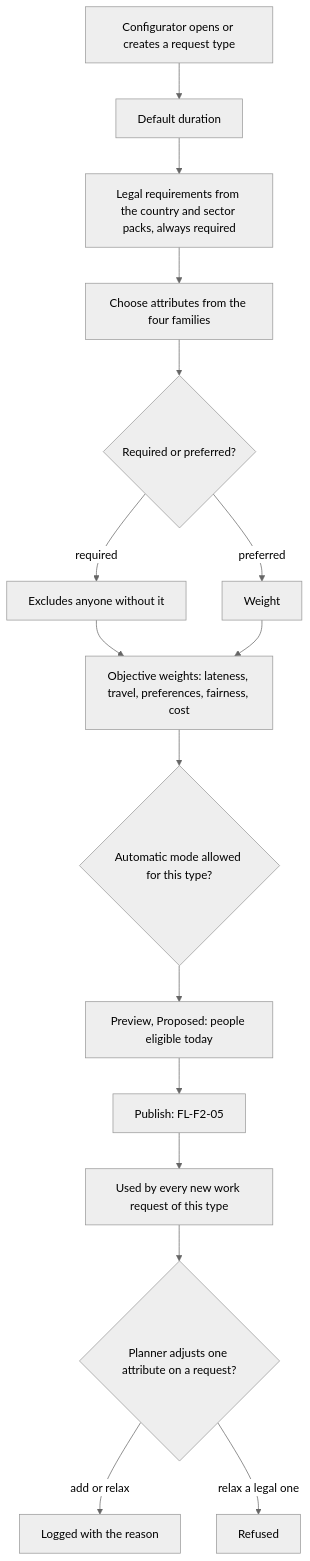
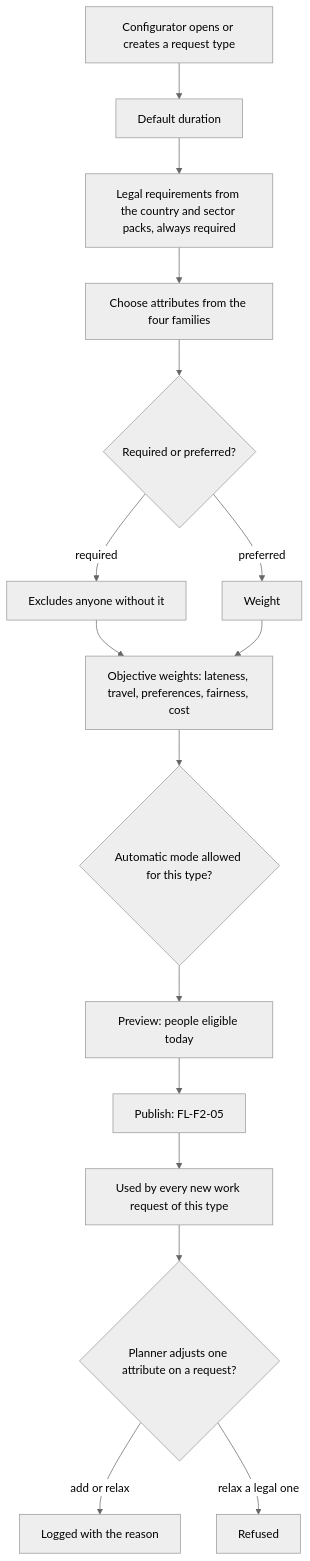
One commit to gpbcom/SimpleERP changed the first of 2 diagrams in docs/specs/02-functional/f02-no-code-configuration/flows/fl-f02-12-set-up-request-types.md. Above: the diagram before and after it, drawn with Mermaid (neutral theme). The commit also changed other lines of this file and 8816 other files, not shown here.

````diff
--- a/docs/specs/02-functional/f02-no-code-configuration/flows/fl-f02-12-set-up-request-types.md
+++ b/docs/specs/02-functional/f02-no-code-configuration/flows/fl-f02-12-set-up-request-types.md
@@ -23,18 +23,18 @@
 ```mermaid
 flowchart TD
   NEW[Configurator opens or creates a request type] --> DUR[Default duration]
   DUR --> PACK[Legal requirements from the country and sector packs, always required]
   PACK --> ATT[Choose attributes from the four families]
   ATT --> KIND{Required or preferred?}
   KIND -- required --> REQ[Excludes anyone without it]
   KIND -- preferred --> WGT[Weight]
   REQ --> OBJ[Objective weights: lateness, travel, preferences, fairness, cost]
   WGT --> OBJ
   OBJ --> AUTO{Automatic mode allowed for this type?}
-  AUTO --> PRE[Preview, Proposed: people eligible today]
+  AUTO --> PRE[Preview: people eligible today]
   PRE --> PUB[Publish: FL-F2-05]
   PUB --> USE[Used by every new work request of this type]
   USE --> ADJ{Planner adjusts one attribute on a request?}
   ADJ -- add or relax --> LOG[Logged with the reason]
   ADJ -- relax a legal one --> REF[Refused]
 ```
````
